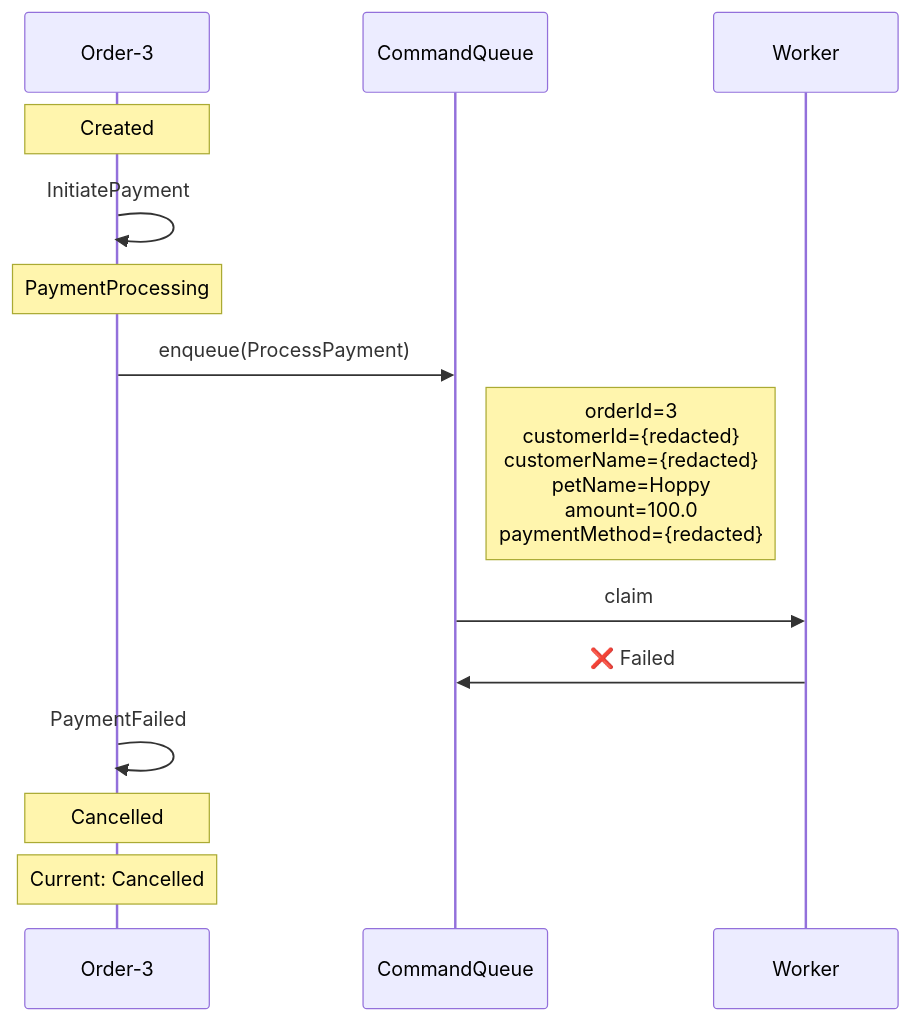
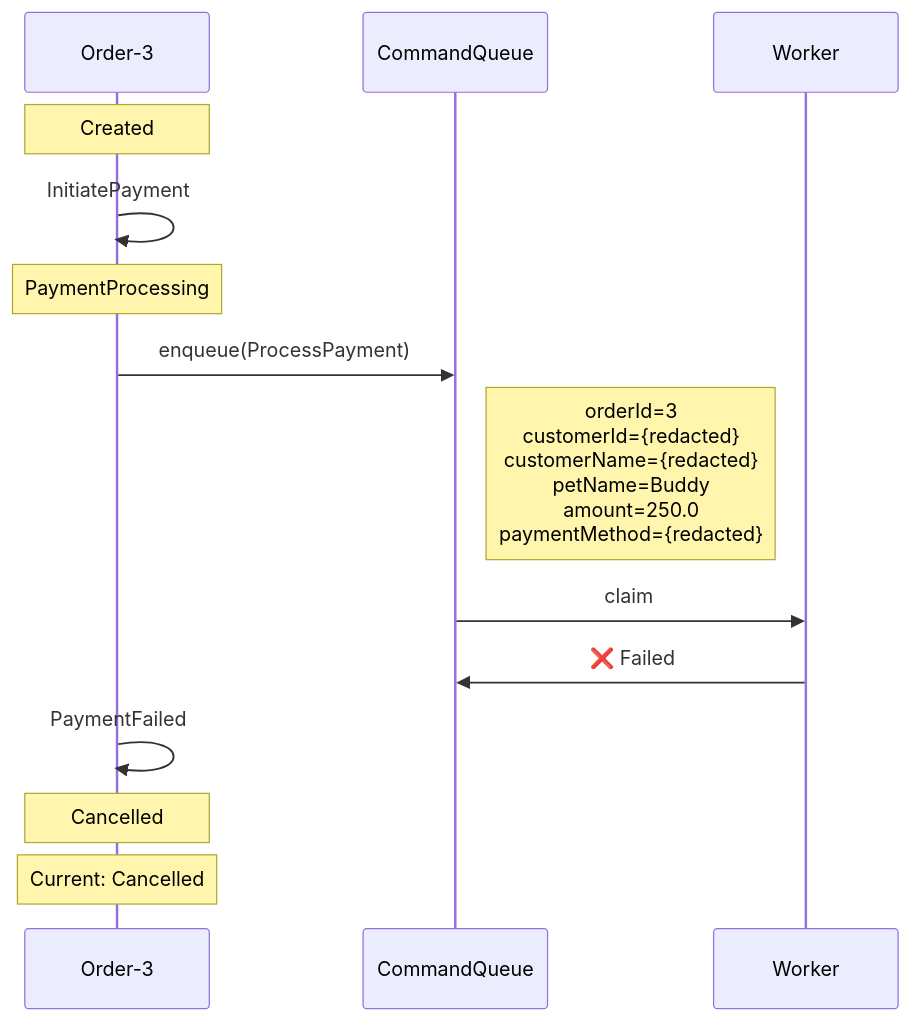
The first of 3 diagrams in docs/visualizations/order-3-trace.md (Iterable/mechanoid), drawn with Mermaid before and after one commit. The commit also changed 19 other files, not shown here.

````diff
--- a/docs/visualizations/order-3-trace.md
+++ b/docs/visualizations/order-3-trace.md
@@ -11,18 +11,18 @@
 ```mermaid
 %%{init: {'themeCSS': '.noteText { text-align: left !important; }'}}%%
 sequenceDiagram
     participant FSM as Order-3
     participant CQ as CommandQueue
     participant W as Worker
 
     Note over FSM: Created
     FSM->>FSM: InitiatePayment
     Note over FSM: PaymentProcessing
     FSM->>CQ: enqueue(ProcessPayment)
-    Note right of CQ: orderId=3<br/>customerId={redacted}<br/>customerName={redacted}<br/>petName=Hoppy<br/>amount=100.0<br/>paymentMethod={redacted}
+    Note right of CQ: orderId=3<br/>customerId={redacted}<br/>customerName={redacted}<br/>petName=Buddy<br/>amount=250.0<br/>paymentMethod={redacted}
     CQ->>W: claim
     W->>CQ: ❌ Failed
     FSM->>FSM: PaymentFailed
     Note over FSM: Cancelled
     Note over FSM: Current: Cancelled
 ```
````
